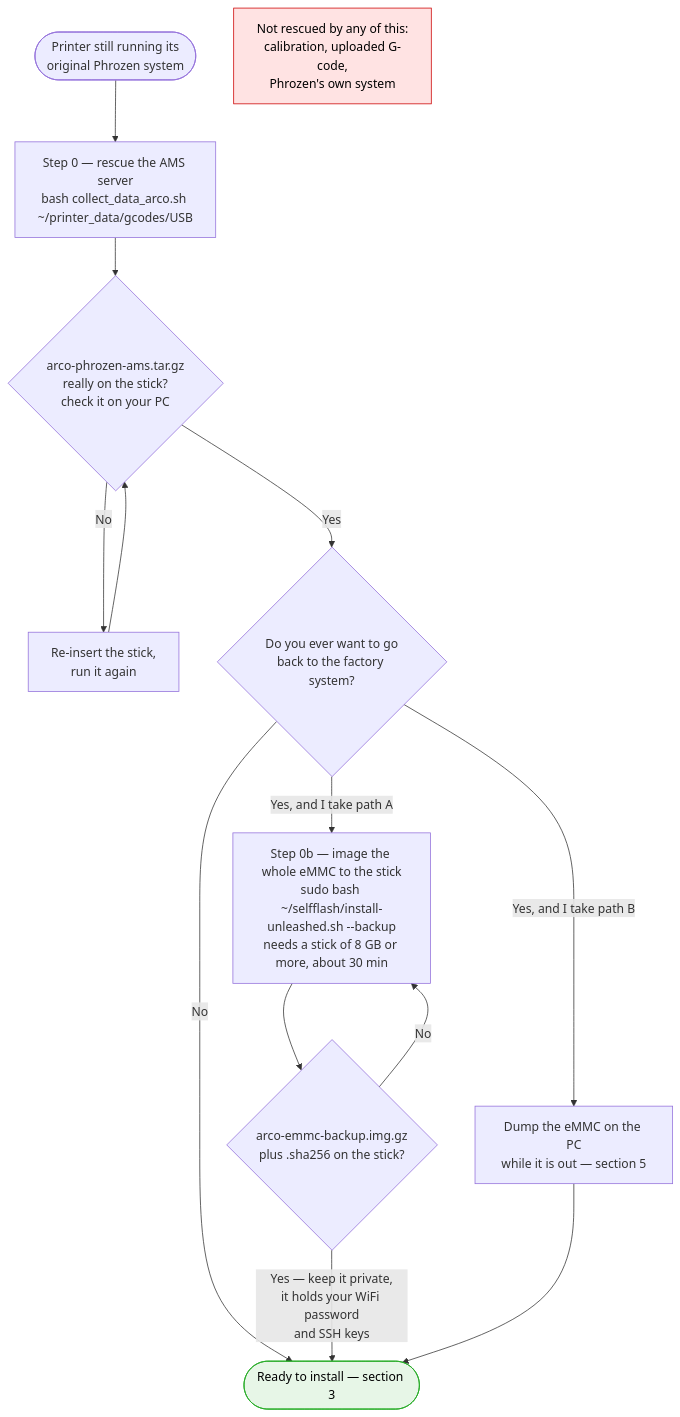
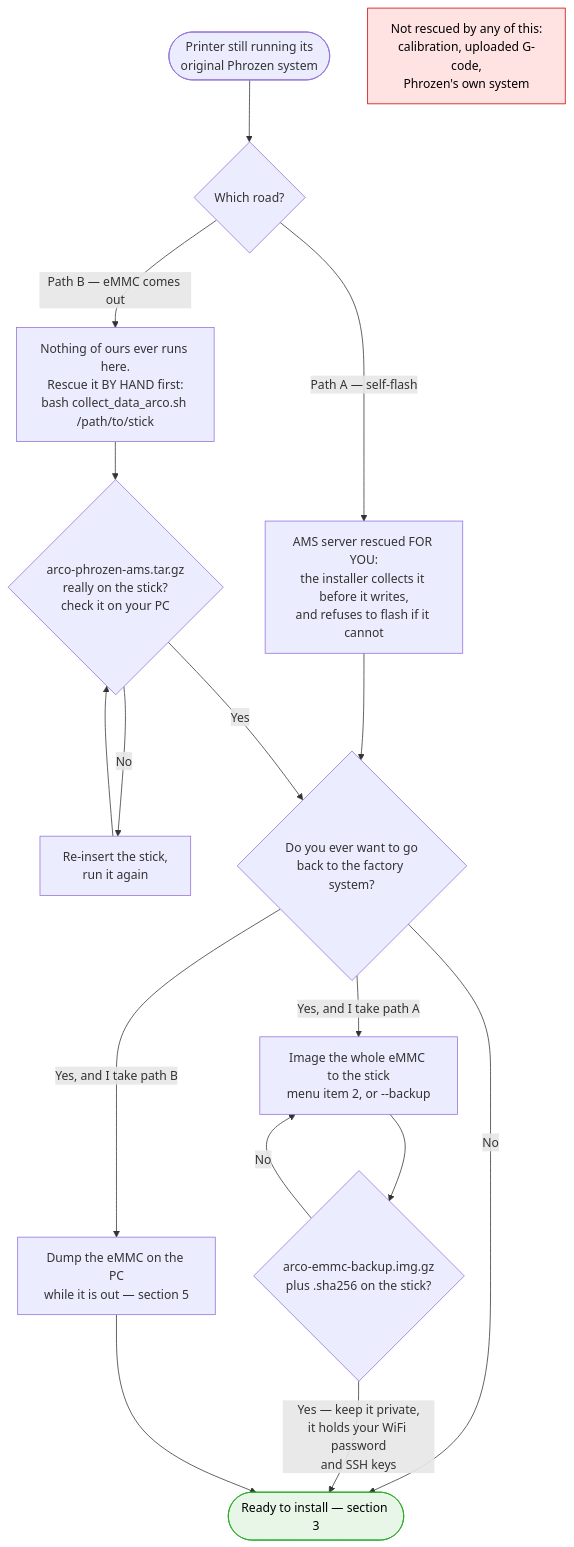
One commit to solutionphil/arco-unleashed changed the second of 16 diagrams in INSTALL-FLOWCHARTS.md. Above: the diagram before and after it, drawn with Mermaid. The commit also changed other lines of this file and 11 other files, not shown here.

First line of the commit message:
Collect the AMS files during the flash, and offer a menu instead of flags (#91)

````diff
--- a/INSTALL-FLOWCHARTS.md
+++ b/INSTALL-FLOWCHARTS.md
@@ -60,23 +60,29 @@
 ```mermaid
 flowchart TD
-    P(["Printer still running its<br/>original Phrozen system"]) --> S0["Step 0 — rescue the AMS server<br/>bash collect_data_arco.sh ~/printer_data/gcodes/USB"]
-    S0 --> S0C{"arco-phrozen-ams.tar.gz<br/>really on the stick?<br/>check it on your PC"}
-    S0C -->|"No"| S0R["Re-insert the stick,<br/>run it again"] --> S0C
-    S0C -->|"Yes"| W{"Do you ever want to go<br/>back to the factory system?"}
+    P(["Printer still running its<br/>original Phrozen system"]) --> R{"Which road?"}
+
+    R -->|"Path A — self-flash"| A0["AMS server rescued FOR YOU:<br/>the installer collects it before it writes,<br/>and refuses to flash if it cannot"]
+    R -->|"Path B — eMMC comes out"| B0["Nothing of ours ever runs here.<br/>Rescue it BY HAND first:<br/>bash collect_data_arco.sh /path/to/stick"]
+
+    B0 --> B0C{"arco-phrozen-ams.tar.gz<br/>really on the stick?<br/>check it on your PC"}
+    B0C -->|"No"| B0R["Re-insert the stick,<br/>run it again"] --> B0C
+
+    A0 --> W{"Do you ever want to go<br/>back to the factory system?"}
+    B0C -->|"Yes"| W
 
     W -->|"No"| GO(["Ready to install — section 3"])
-    W -->|"Yes, and I take path A"| B1["Step 0b — image the whole eMMC to the stick<br/>sudo bash ~/selfflash/install-unleashed.sh --backup<br/>needs a stick of 8 GB or more, about 30 min"]
+    W -->|"Yes, and I take path A"| B1["Image the whole eMMC to the stick<br/>menu item 2, or --backup"]
     W -->|"Yes, and I take path B"| B2["Dump the eMMC on the PC<br/>while it is out — section 5"]
 
     B1 --> B1D{"arco-emmc-backup.img.gz<br/>plus .sha256 on the stick?"}
     B1D -->|"No"| B1
     B1D -->|"Yes — keep it private,<br/>it holds your WiFi password<br/>and SSH keys"| GO
     B2 --> GO
 
     N["Not rescued by any of this:<br/>calibration, uploaded G-code,<br/>Phrozen's own system"]
 
     classDef danger fill:#ffe3e3,stroke:#cc0000,color:#000
     classDef okay fill:#e7f6e7,stroke:#22aa22,color:#000
     class N danger
     class GO okay
 ```
````
